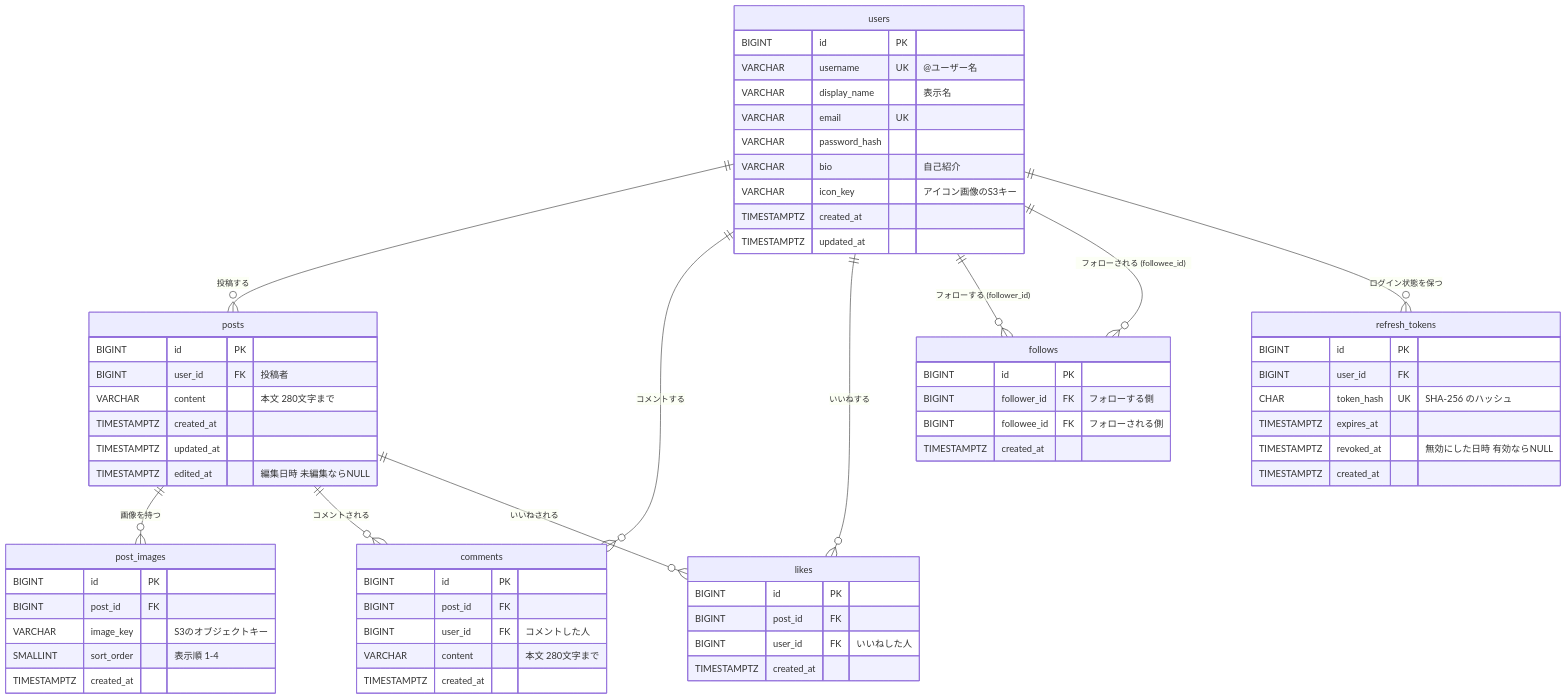
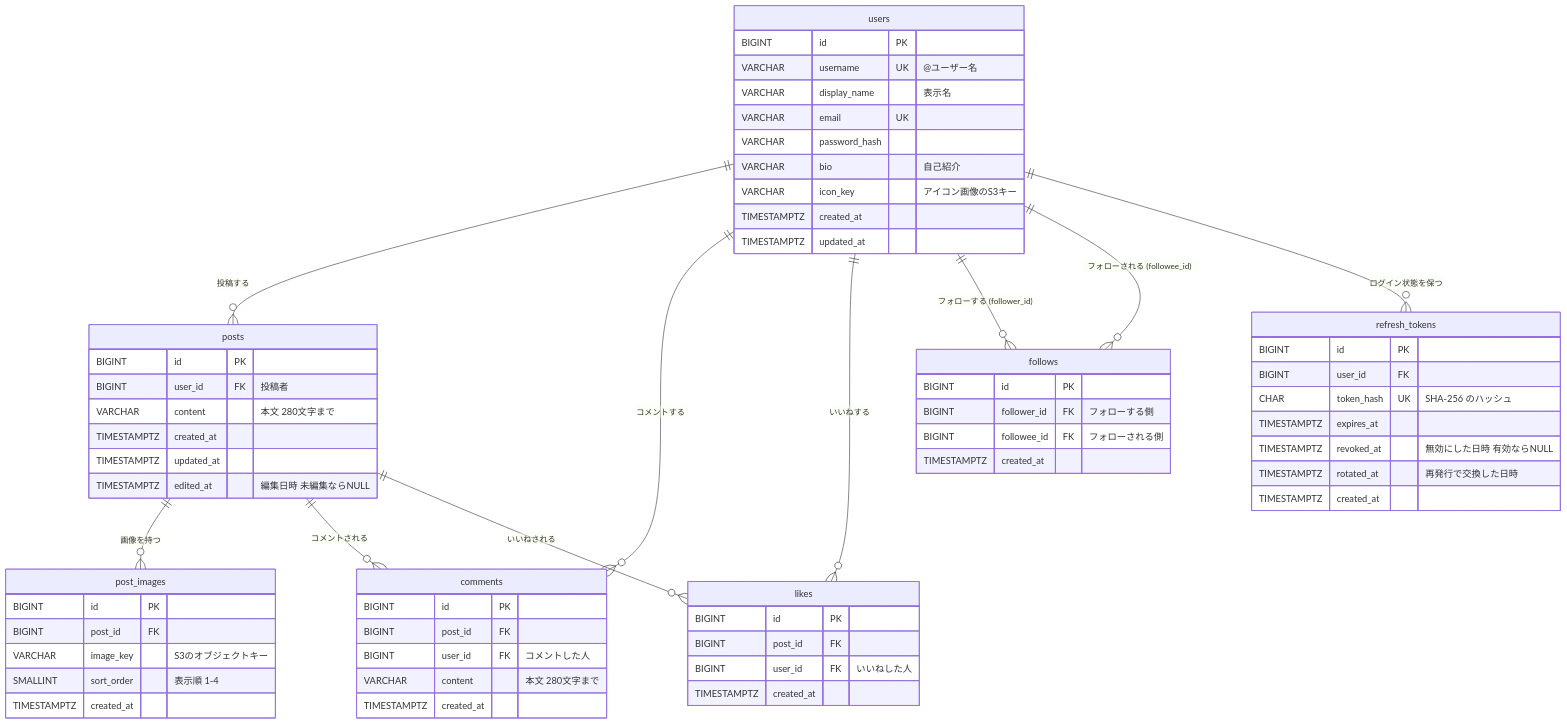
The diagram in docs/database.md (okky0908-prog/sns-app), drawn with Mermaid before and after one commit. The commit also changed other lines of this file and 11 other files, not shown here.

````diff
--- a/docs/database.md
+++ b/docs/database.md
@@ -10,72 +10,73 @@
 ```mermaid
 erDiagram
     users ||--o{ posts : "投稿する"
     users ||--o{ comments : "コメントする"
     users ||--o{ likes : "いいねする"
     users ||--o{ follows : "フォローする (follower_id)"
     users ||--o{ follows : "フォローされる (followee_id)"
     users ||--o{ refresh_tokens : "ログイン状態を保つ"
     posts ||--o{ post_images : "画像を持つ"
     posts ||--o{ comments : "コメントされる"
     posts ||--o{ likes : "いいねされる"
 
     users {
         BIGINT id PK
         VARCHAR username UK "@ユーザー名"
         VARCHAR display_name "表示名"
         VARCHAR email UK
         VARCHAR password_hash
         VARCHAR bio "自己紹介"
         VARCHAR icon_key "アイコン画像のS3キー"
         TIMESTAMPTZ created_at
         TIMESTAMPTZ updated_at
     }
 
     posts {
         BIGINT id PK
         BIGINT user_id FK "投稿者"
         VARCHAR content "本文 280文字まで"
         TIMESTAMPTZ created_at
         TIMESTAMPTZ updated_at
         TIMESTAMPTZ edited_at "編集日時 未編集ならNULL"
     }
 
     post_images {
         BIGINT id PK
         BIGINT post_id FK
         VARCHAR image_key "S3のオブジェクトキー"
         SMALLINT sort_order "表示順 1-4"
         TIMESTAMPTZ created_at
     }
 
     comments {
         BIGINT id PK
         BIGINT post_id FK
         BIGINT user_id FK "コメントした人"
         VARCHAR content "本文 280文字まで"
         TIMESTAMPTZ created_at
     }
 
     likes {
         BIGINT id PK
         BIGINT post_id FK
         BIGINT user_id FK "いいねした人"
         TIMESTAMPTZ created_at
     }
 
     follows {
         BIGINT id PK
         BIGINT follower_id FK "フォローする側"
         BIGINT followee_id FK "フォローされる側"
         TIMESTAMPTZ created_at
     }
 
     refresh_tokens {
         BIGINT id PK
         BIGINT user_id FK
         CHAR token_hash UK "SHA-256 のハッシュ"
         TIMESTAMPTZ expires_at
         TIMESTAMPTZ revoked_at "無効にした日時 有効ならNULL"
+        TIMESTAMPTZ rotated_at "再発行で交換した日時"
         TIMESTAMPTZ created_at
     }
 ```
````
